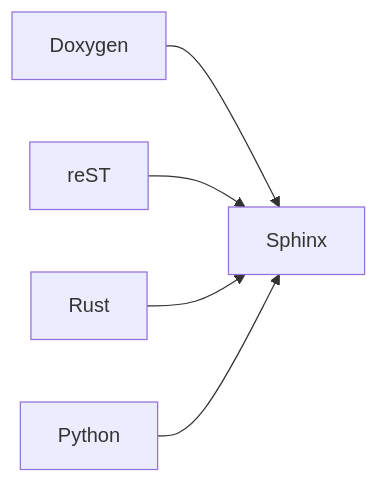
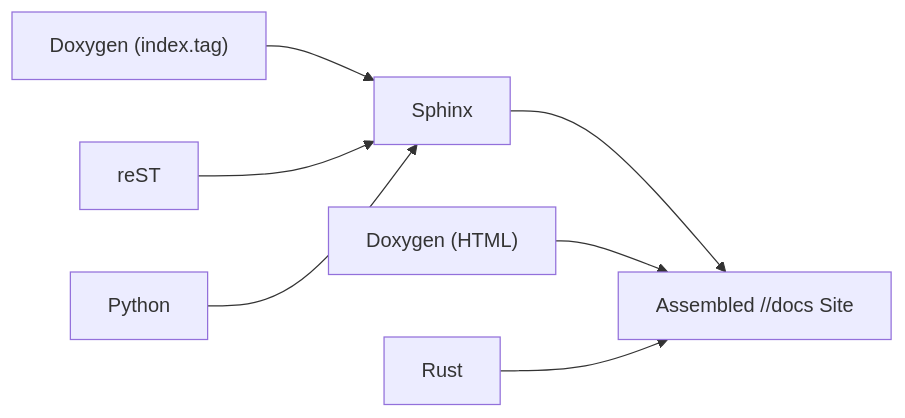
Before and after one commit to chromium-full-mirror/chromiumos_third_party_pigweed_pigweed: the diagram in docs/sphinx/contributing/docs/build.rst, drawn with Mermaid. The commit also changed other lines of this file and 5 other files, not shown here.

First line of the commit message:
UPSTREAM: docs: Update build and architecture docs for parallel assembly

```diff
--- a/docs/sphinx/contributing/docs/build.rst
+++ b/docs/sphinx/contributing/docs/build.rst
@@ -413,8 +412,10 @@
 .. mermaid::
 
    flowchart LR
 
-     Doxygen --> Sphinx
+     DoxygenTag["Doxygen (index.tag)"] --> Sphinx
      reST --> Sphinx
-     Rust --> Sphinx
      Python --> Sphinx
+     Sphinx --> Site["Assembled //docs Site"]
+     DoxygenHTML["Doxygen (HTML)"] --> Site
+     Rust --> Site
```
